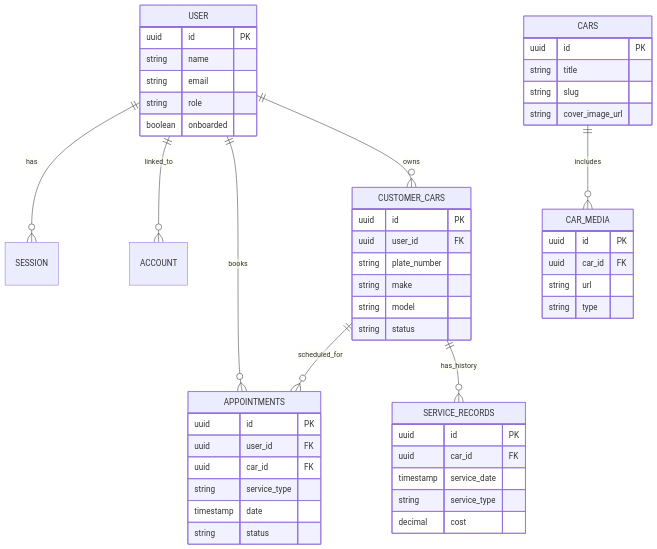
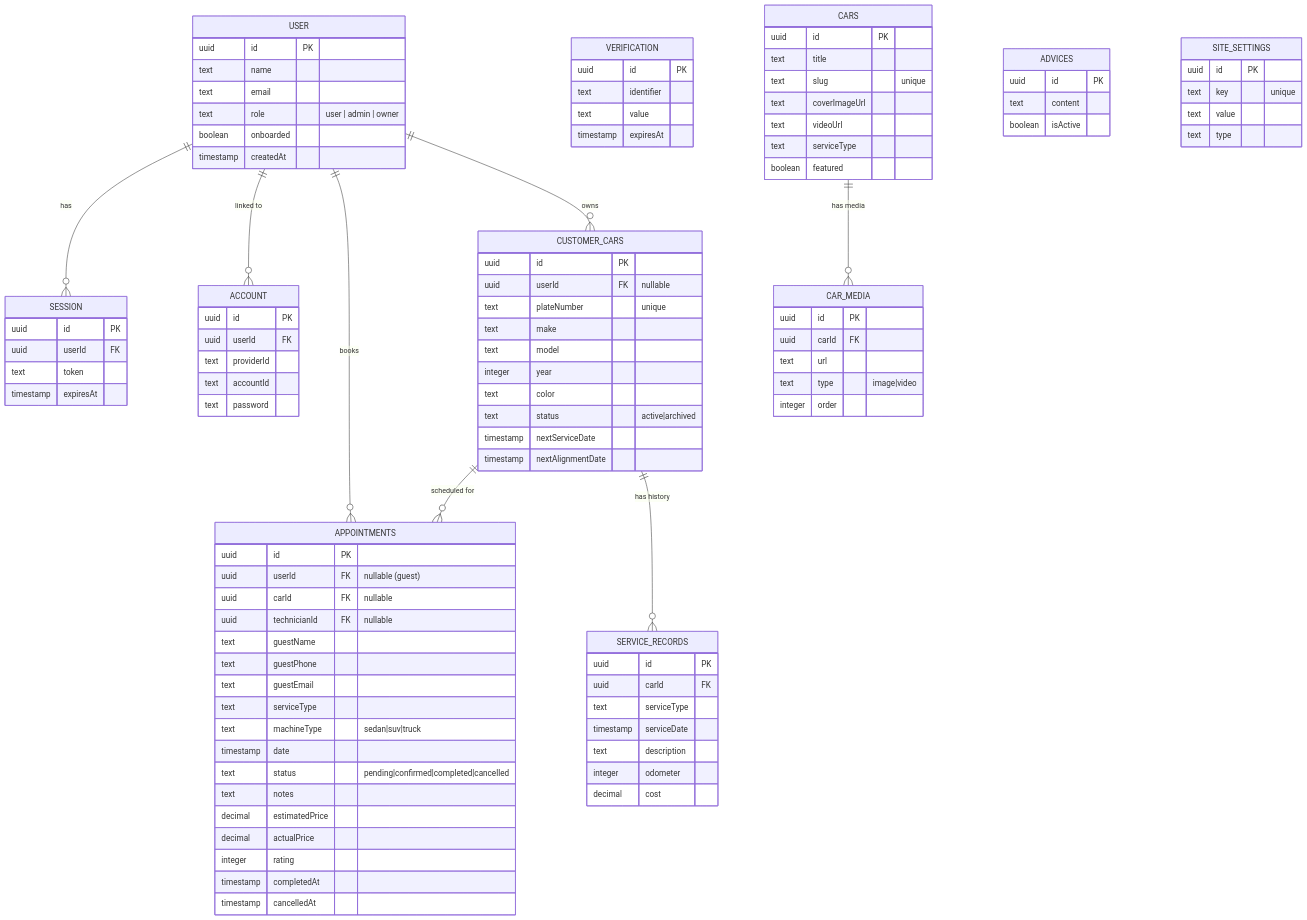
The diagram in docs/ERD.md (ahmed-lotfy-dev/thedrive.center), drawn with Mermaid before and after one commit. The commit also changed other lines of this file and 12 other files, not shown here.

````diff
--- a/docs/ERD.md
+++ b/docs/ERD.md
@@ -3,60 +5,115 @@
 ```mermaid
 erDiagram
+    USER {
+        uuid id PK
+        text name
+        text email
+        text role "user | admin | owner"
+        boolean onboarded
+        timestamp createdAt
+    }
+
+    SESSION {
+        uuid id PK
+        uuid userId FK
+        text token
+        timestamp expiresAt
+    }
+
+    ACCOUNT {
+        uuid id PK
+        uuid userId FK
+        text providerId
+        text accountId
+        text password
+    }
+
+    VERIFICATION {
+        uuid id PK
+        text identifier
+        text value
+        timestamp expiresAt
+    }
+
+    APPOINTMENTS {
+        uuid id PK
+        uuid userId FK "nullable (guest)"
+        uuid carId FK "nullable"
+        uuid technicianId FK "nullable"
+        text guestName
+        text guestPhone
+        text guestEmail
+        text serviceType
+        text machineType "sedan|suv|truck"
+        timestamp date
+        text status "pending|confirmed|completed|cancelled"
+        text notes
+        decimal estimatedPrice
+        decimal actualPrice
+        integer rating
+        timestamp completedAt
+        timestamp cancelledAt
+    }
+
+    CUSTOMER_CARS {
+        uuid id PK
+        uuid userId FK "nullable"
+        text plateNumber "unique"
+        text make
+        text model
+        integer year
+        text color
+        text status "active|archived"
+        timestamp nextServiceDate
+        timestamp nextAlignmentDate
+    }
+
+    SERVICE_RECORDS {
+        uuid id PK
+        uuid carId FK
+        text serviceType
+        timestamp serviceDate
+        text description
+        integer odometer
+        decimal cost
+    }
+
+    CARS {
+        uuid id PK
+        text title
+        text slug "unique"
+        text coverImageUrl
+        text videoUrl
+        text serviceType
+        boolean featured
+    }
+
+    CAR_MEDIA {
+        uuid id PK
+        uuid carId FK
+        text url
+        text type "image|video"
+        integer order
+    }
+
+    ADVICES {
+        uuid id PK
+        text content
+        boolean isActive
+    }
+
+    SITE_SETTINGS {
+        uuid id PK
+        text key "unique"
+        text value
+        text type
+    }
+
     USER ||--o{ SESSION : "has"
-    USER ||--o{ ACCOUNT : "linked_to"
+    USER ||--o{ ACCOUNT : "linked to"
     USER ||--o{ APPOINTMENTS : "books"
     USER ||--o{ CUSTOMER_CARS : "owns"
-    
-    CUSTOMER_CARS ||--o{ APPOINTMENTS : "scheduled_for"
-    CUSTOMER_CARS ||--o{ SERVICE_RECORDS : "has_history"
-    
-    CARS ||--o{ CAR_MEDIA : "includes"
-    
-    USER {
-        uuid id PK
-        string name
-        string email
-        string role
-        boolean onboarded
-    }
-    
-    APPOINTMENTS {
-        uuid id PK
-        uuid user_id FK
-        uuid car_id FK
-        string service_type
-        timestamp date
-        string status
-    }
-    
-    CUSTOMER_CARS {
-        uuid id PK
-        uuid user_id FK
-        string plate_number
-        string make
-        string model
-        string status
-    }
-    
-    SERVICE_RECORDS {
-        uuid id PK
-        uuid car_id FK
-        timestamp service_date
-        string service_type
-        decimal cost
-    }
-    
-    CARS {
-        uuid id PK
-        string title
-        string slug
-        string cover_image_url
-    }
-    
-    CAR_MEDIA {
-        uuid id PK
-        uuid car_id FK
-        string url
-        string type
-    }
+    CUSTOMER_CARS ||--o{ APPOINTMENTS : "scheduled for"
+    CUSTOMER_CARS ||--o{ SERVICE_RECORDS : "has history"
+    CARS ||--o{ CAR_MEDIA : "has media"
 ```
````
